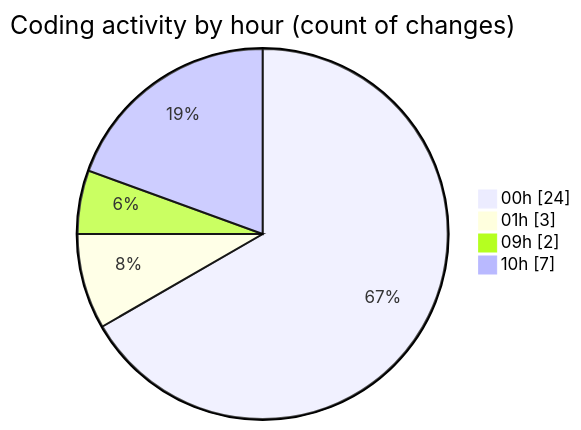
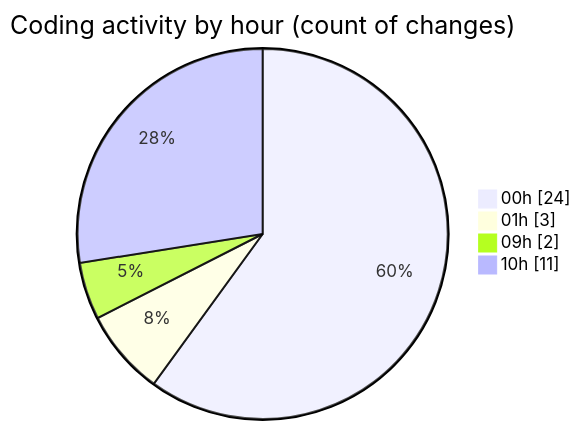
Before and after one commit to julien-gomy/code-tracking: the second of 2 diagrams in 2025-11-24/eventscop-frontend-guide__workspace_/README.md, drawn with Mermaid. The commit also changed other lines of this file and 1 other file, not shown here.

````diff
--- a/2025-11-24/eventscop-frontend-guide__workspace_/README.md
+++ b/2025-11-24/eventscop-frontend-guide__workspace_/README.md
@@ -40,8 +41,8 @@
 ```mermaid
 pie showData
 title Coding activity by hour (count of changes)
 "00h" : 24
 "01h" : 3
 "09h" : 2
-"10h" : 7
+"10h" : 11
 ```
````
